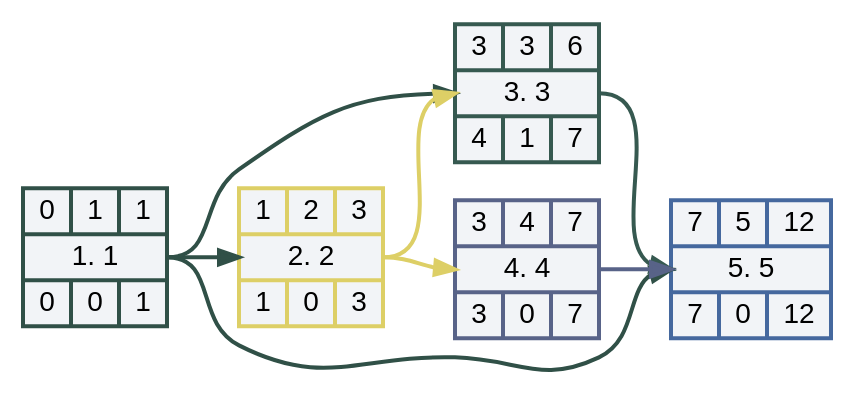
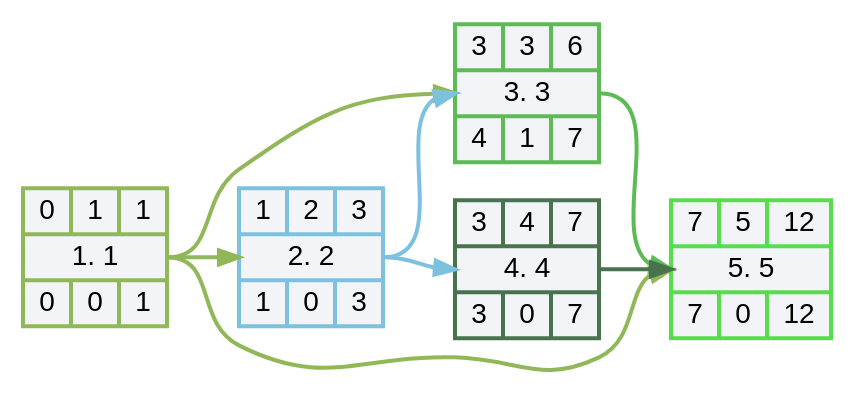
One commit to DVin-programmer/networkGraphics changed the diagram in files/NetworkGraph.gv. Above: the diagram before and after it, drawn with Graphviz. The commit also changed 14 other files, not shown here.

```diff
--- a/files/NetworkGraph.gv
+++ b/files/NetworkGraph.gv
@@ -1,22 +1,22 @@
         digraph NetworkGraph
         {
            //graph [charset = "utf8"]
            rankdir = LR
            layout = dot
            splines = spline
            node [style = "filled, bold", fillcolor = "#f2f4f7", fontname = "Arial"]
            edge [penwidth = 2]
-           v1 [fontname = "Arial",color = "#305047", shape = record, label = "{ 0 | 1 | 1 } |  <mI1> 1. 1 | {0 | 0 | 1 }"]
-   v2 [fontname = "Arial",color = "#ddcf66", shape = record, label = "{ 1 | 2 | 3 } |  <mI2> 2. 2 | {1 | 0 | 3 }"]
-   v3 [fontname = "Arial",color = "#365950", shape = record, label = "{ 3 | 3 | 6 } |  <mI3> 3. 3 | {4 | 1 | 7 }"]
-   v4 [fontname = "Arial",color = "#586388", shape = record, label = "{ 3 | 4 | 7 } |  <mI4> 4. 4 | {3 | 0 | 7 }"]
-   v5 [fontname = "Arial",color = "#45689e", shape = record, label = "{ 7 | 5 | 12 } |  <mI5> 5. 5 | {7 | 0 | 12 }"]
-   v1:<mI1> -> v2:<mI2> [color = "#305047"]
-   v2:<mI2> -> v3:<mI3> [color = "#ddcf66"]
-   v1:<mI1> -> v3:<mI3> [color = "#305047"]
-   v2:<mI2> -> v4:<mI4> [color = "#ddcf66"]
-   v1:<mI1> -> v5:<mI5> [color = "#305047"]
-   v3:<mI3> -> v5:<mI5> [color = "#365950"]
-   v4:<mI4> -> v5:<mI5> [color = "#586388"]
+           v1 [fontname = "Arial",color = "#91b858", shape = record, label = "{ 0 | 1 | 1 } |  <mI1> 1. 1 | {0 | 0 | 1 }"]
+   v2 [fontname = "Arial",color = "#7ec1df", shape = record, label = "{ 1 | 2 | 3 } |  <mI2> 2. 2 | {1 | 0 | 3 }"]
+   v3 [fontname = "Arial",color = "#5cbb54", shape = record, label = "{ 3 | 3 | 6 } |  <mI3> 3. 3 | {4 | 1 | 7 }"]
+   v4 [fontname = "Arial",color = "#49724f", shape = record, label = "{ 3 | 4 | 7 } |  <mI4> 4. 4 | {3 | 0 | 7 }"]
+   v5 [fontname = "Arial",color = "#57dc4c", shape = record, label = "{ 7 | 5 | 12 } |  <mI5> 5. 5 | {7 | 0 | 12 }"]
+   v1:<mI1> -> v2:<mI2> [color = "#91b858"]
+   v1:<mI1> -> v3:<mI3> [color = "#91b858"]
+   v2:<mI2> -> v3:<mI3> [color = "#7ec1df"]
+   v2:<mI2> -> v4:<mI4> [color = "#7ec1df"]
+   v1:<mI1> -> v5:<mI5> [color = "#91b858"]
+   v3:<mI3> -> v5:<mI5> [color = "#5cbb54"]
+   v4:<mI4> -> v5:<mI5> [color = "#49724f"]
 
 }
```
